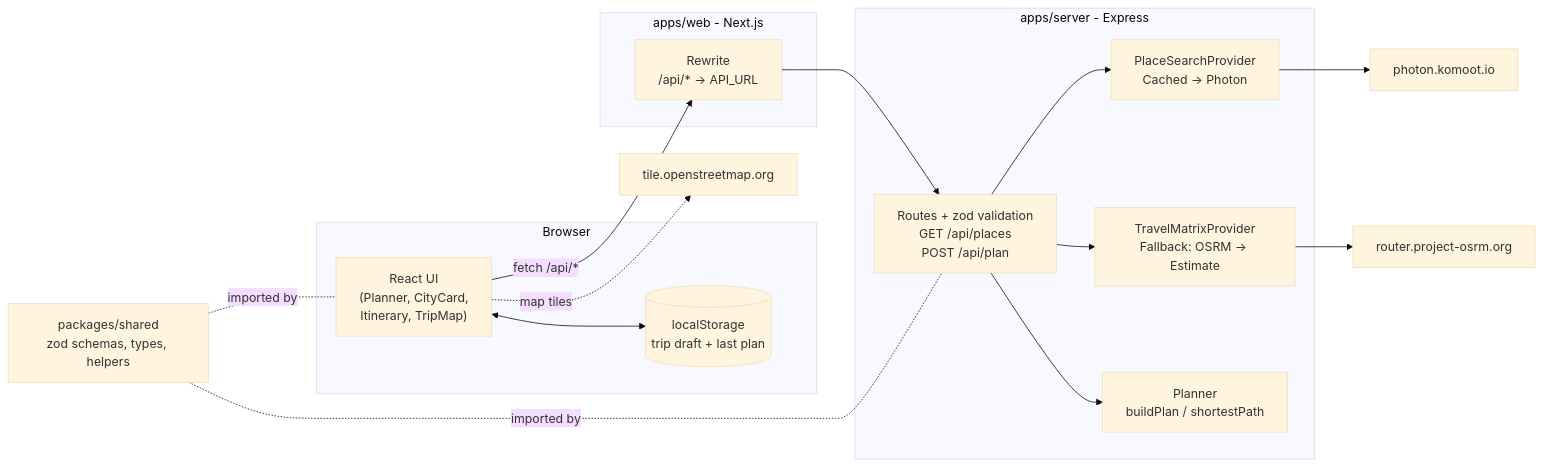
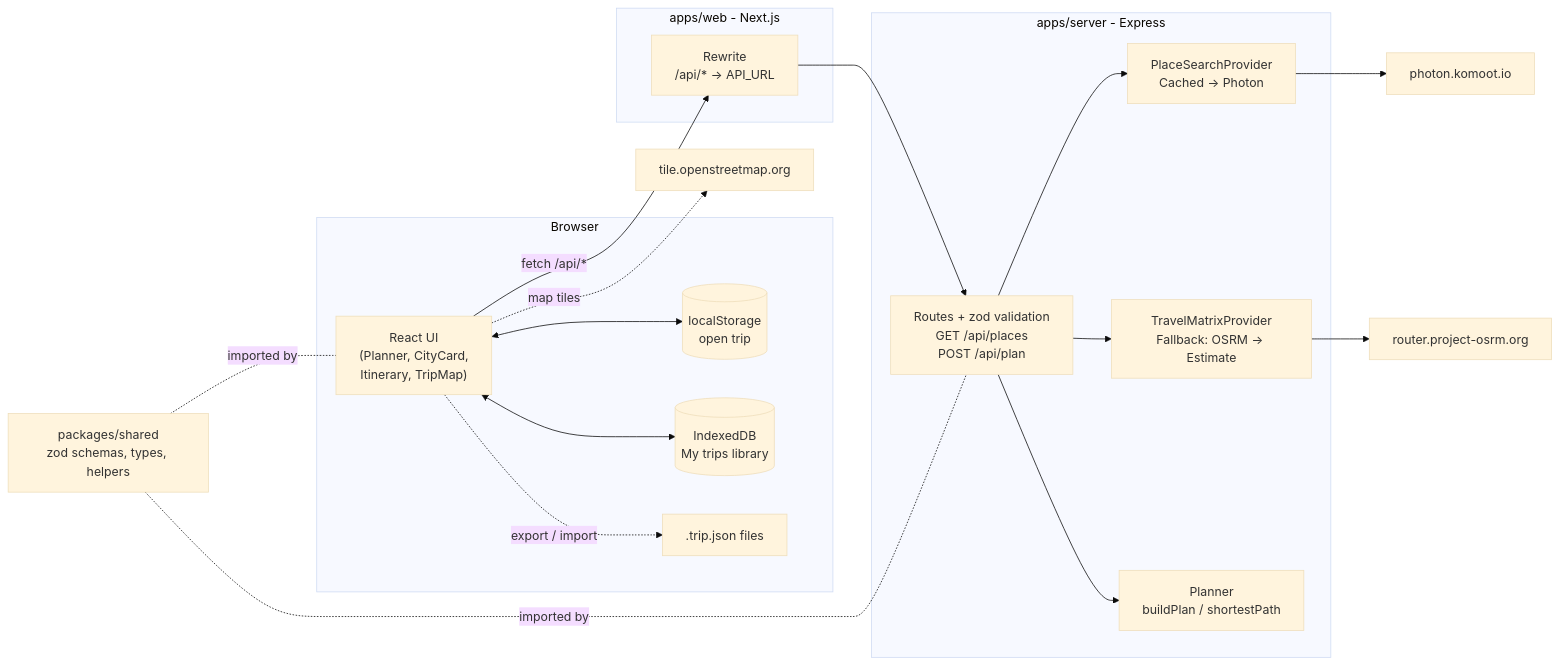
One commit to PranjalAgni/travel-planner changed the first of 7 diagrams in README.md. Above: the diagram before and after it, drawn with Mermaid (base theme). The commit also changed other lines of this file and 22 other files, not shown here.

````diff
--- a/README.md
+++ b/README.md
@@ -70,31 +82,34 @@
 ```mermaid
 flowchart LR
     subgraph Browser
         UI["React UI<br/>(Planner, CityCard,<br/>Itinerary, TripMap)"]
-        LS[("localStorage<br/>trip draft + last plan")]
+        LS[("localStorage<br/>open trip")]
+        IDB[("IndexedDB<br/>My trips library")]
         UI <--> LS
+        UI <--> IDB
+        UI -. "export / import" .-> FILE[".trip.json files"]
     end
 
     subgraph Web["apps/web - Next.js"]
         RW["Rewrite<br/>/api/* -> API_URL"]
     end
 
     subgraph API["apps/server - Express"]
         R["Routes + zod validation<br/>GET /api/places<br/>POST /api/plan"]
         PS["PlaceSearchProvider<br/>Cached -> Photon"]
         TM["TravelMatrixProvider<br/>Fallback: OSRM -> Estimate"]
         PL["Planner<br/>buildPlan / shortestPath"]
         R --> PS
         R --> TM
         R --> PL
     end
 
     SH["packages/shared<br/>zod schemas, types, helpers"]
 
     UI -- "fetch /api/*" --> RW --> R
     UI -. "map tiles" .-> OSMT["tile.openstreetmap.org"]
     PS --> PH["photon.komoot.io"]
     TM --> OS["router.project-osrm.org"]
     SH -. imported by .- UI
     SH -. imported by .- R
 ```
````
